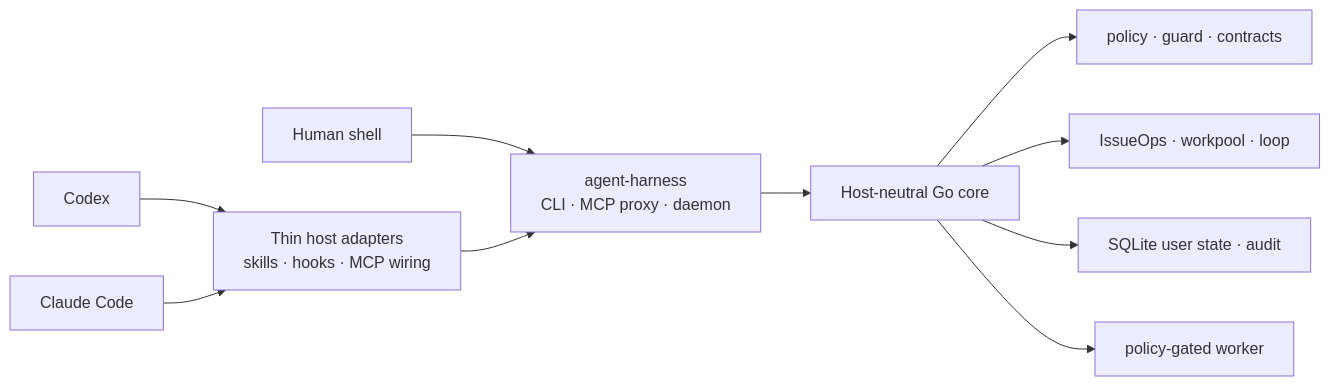
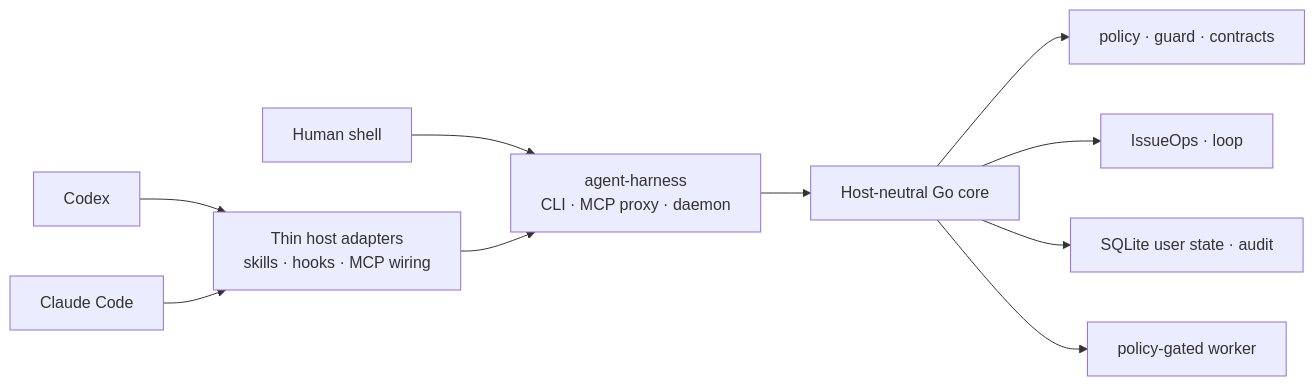
Before and after one commit to m16khb-org/agent-harness: the diagram in README.en.md, drawn with Mermaid. The commit also changed other lines of this file and 72 other files, not shown here.

````diff
--- a/README.en.md
+++ b/README.en.md
@@ -71,12 +71,12 @@
 ```mermaid
 flowchart LR
     Codex["Codex"] --> Host["Thin host adapters<br/>skills · hooks · MCP wiring"]
     Claude["Claude Code"] --> Host
     Shell["Human shell"] --> Surface["agent-harness<br/>CLI · MCP proxy · daemon"]
     Host --> Surface
     Surface --> Core["Host-neutral Go core"]
     Core --> Policy["policy · guard · contracts"]
-    Core --> Flow["IssueOps · workpool · loop"]
+    Core --> Flow["IssueOps · loop"]
     Core --> State["SQLite user state · audit"]
     Core --> Worker["policy-gated worker"]
 ```
````
